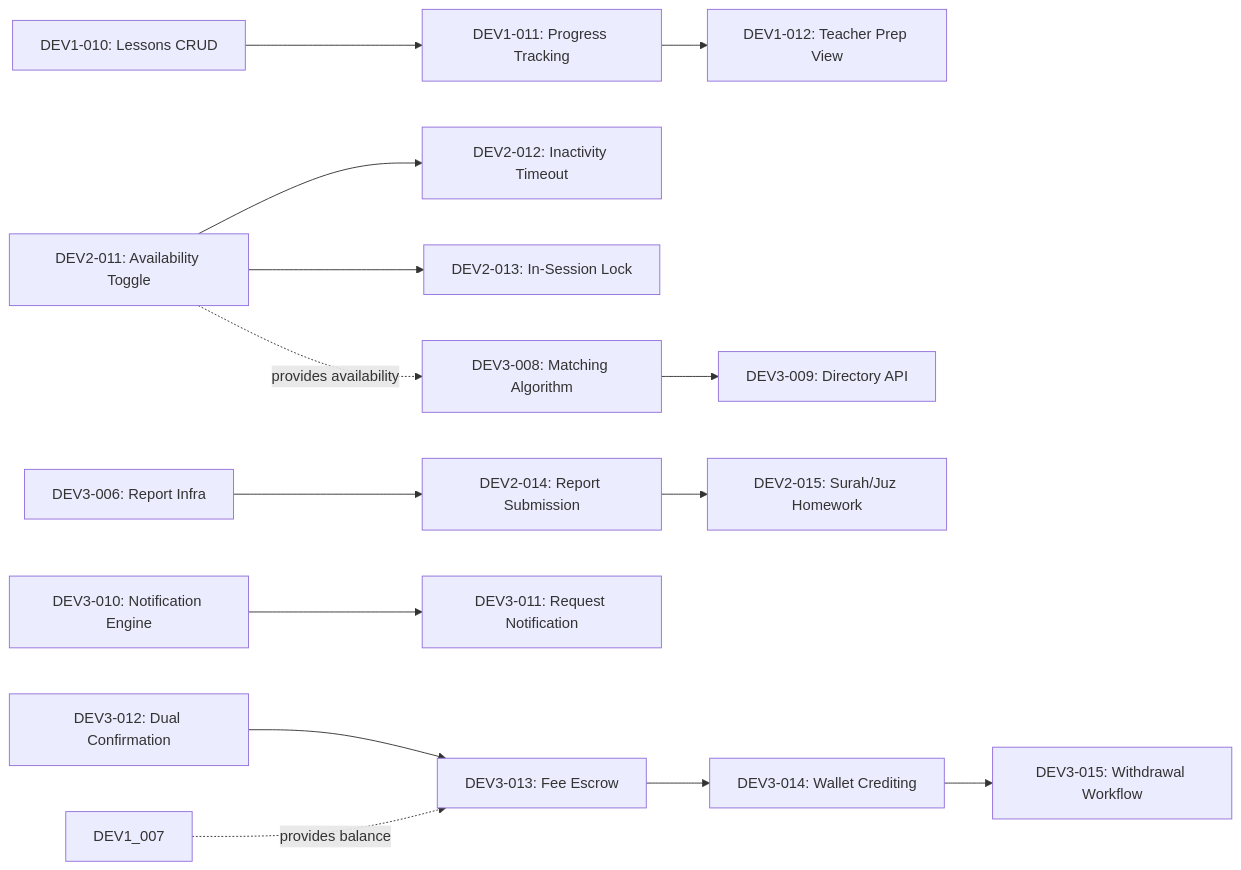
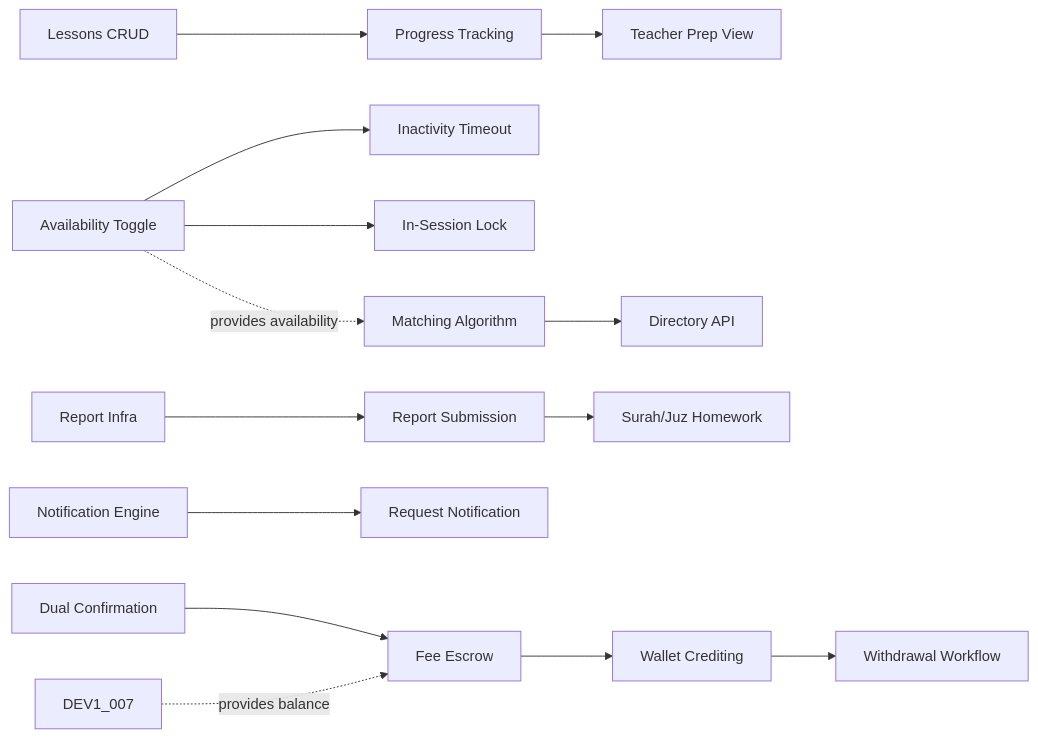
One commit to kottaby/kottaby changed the third of 5 diagrams in docs/planning/SPRINT_PLAN.md. Above: the diagram before and after it, drawn with Mermaid. The commit also changed other lines of this file and 297 other files, not shown here.

````diff
--- a/docs/planning/SPRINT_PLAN.md
+++ b/docs/planning/SPRINT_PLAN.md
@@ -218,19 +218,19 @@
 ```mermaid
 graph LR
-    DEV1_010[DEV1-010: Lessons CRUD] --> DEV1_011[DEV1-011: Progress Tracking]
-    DEV1_011 --> DEV1_012[DEV1-012: Teacher Prep View]
+    DEV1_010[Lessons CRUD] --> DEV1_011[Progress Tracking]
+    DEV1_011 --> DEV1_012[Teacher Prep View]
 
-    DEV2_011[DEV2-011: Availability Toggle] --> DEV2_012[DEV2-012: Inactivity Timeout]
-    DEV2_011 --> DEV2_013[DEV2-013: In-Session Lock]
-    DEV3_006[DEV3-006: Report Infra] --> DEV2_014[DEV2-014: Report Submission]
-    DEV2_014 --> DEV2_015[DEV2-015: Surah/Juz Homework]
+    DEV2_011[Availability Toggle] --> DEV2_012[Inactivity Timeout]
+    DEV2_011 --> DEV2_013[In-Session Lock]
+    DEV3_006[Report Infra] --> DEV2_014[Report Submission]
+    DEV2_014 --> DEV2_015[Surah/Juz Homework]
 
-    DEV3_008[DEV3-008: Matching Algorithm] --> DEV3_009[DEV3-009: Directory API]
-    DEV3_010[DEV3-010: Notification Engine] --> DEV3_011[DEV3-011: Request Notification]
-    DEV3_012[DEV3-012: Dual Confirmation] --> DEV3_013[DEV3-013: Fee Escrow]
-    DEV3_013 --> DEV3_014[DEV3-014: Wallet Crediting]
-    DEV3_014 --> DEV3_015[DEV3-015: Withdrawal Workflow]
+    DEV3_008[Matching Algorithm] --> DEV3_009[Directory API]
+    DEV3_010[Notification Engine] --> DEV3_011[Request Notification]
+    DEV3_012[Dual Confirmation] --> DEV3_013[Fee Escrow]
+    DEV3_013 --> DEV3_014[Wallet Crediting]
+    DEV3_014 --> DEV3_015[Withdrawal Workflow]
 
     DEV2_011 -.->|provides availability| DEV3_008
     DEV1_007 -.->|provides balance| DEV3_013
 ```
````
